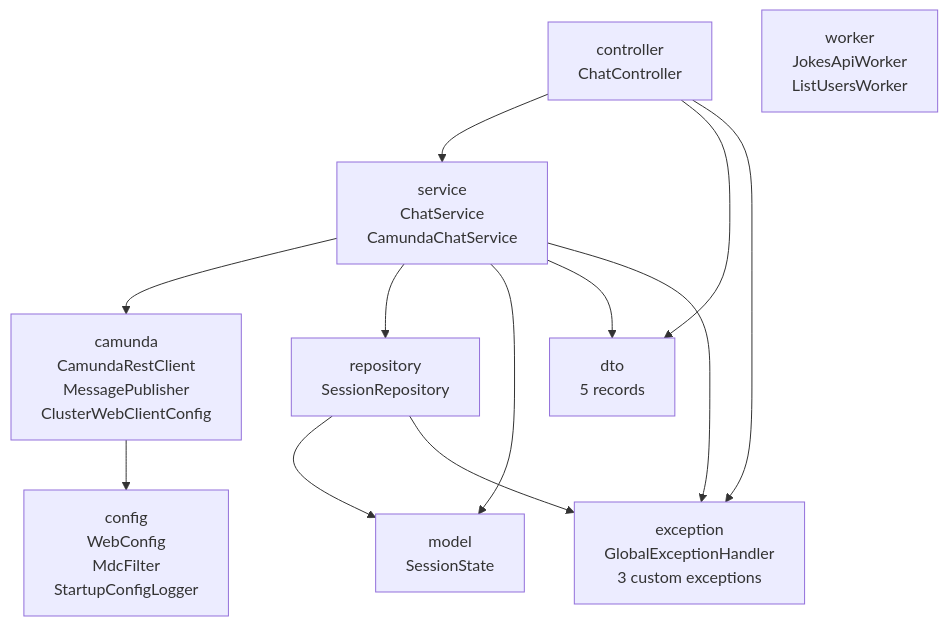
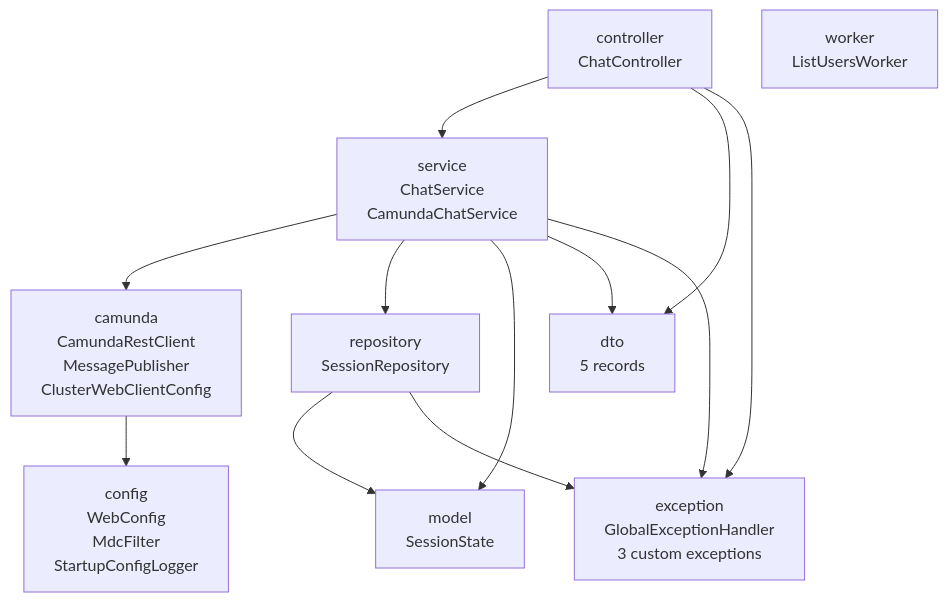
Before and after one commit to Mostafa-Mahmoud818/AI-Agent-Chat-With-Tools: the third of 11 diagrams in DOCUMENTATION.md, drawn with Mermaid. The commit also changed other lines of this file and 10 other files, not shown here.

Commit message:
Remove Content Agent, JokesApi tool, and references to them in UI, templates, and docs

````diff
--- a/DOCUMENTATION.md
+++ b/DOCUMENTATION.md
@@ -239,24 +294,24 @@
 ```mermaid
 graph TD
     controller["controller\nChatController"]
     service["service\nChatService\nCamundaChatService"]
     camunda["camunda\nCamundaRestClient\nMessagePublisher\nClusterWebClientConfig"]
     repository["repository\nSessionRepository"]
     model["model\nSessionState"]
     dto["dto\n5 records"]
     exception["exception\nGlobalExceptionHandler\n3 custom exceptions"]
     config["config\nWebConfig\nMdcFilter\nStartupConfigLogger"]
-    worker["worker\nJokesApiWorker\nListUsersWorker"]
+    worker["worker\nListUsersWorker"]
 
     controller --> service
     controller --> dto
     controller --> exception
     service --> camunda
     service --> repository
     service --> model
     service --> dto
     service --> exception
     camunda --> config
     repository --> model
     repository --> exception
 ```
````
